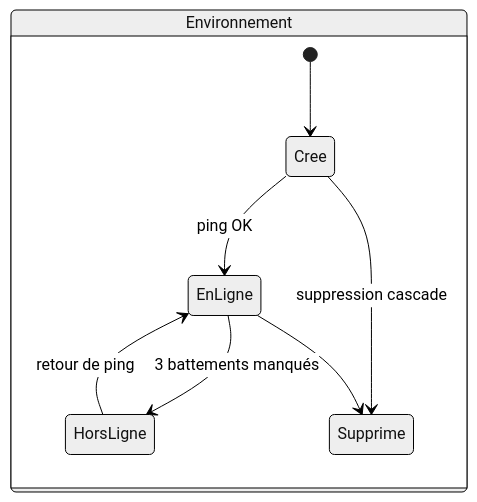
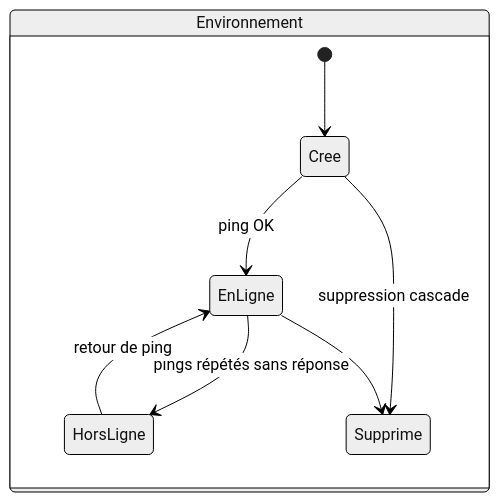
Before and after one commit to stefapi/windflow: the second of 6 diagrams in docs/spec_dockhand_reference/03-concepts-entites.md, drawn with Mermaid (neutral theme). The commit also changed other lines of this file and 15 other files, not shown here.

````diff
--- a/docs/spec_dockhand_reference/03-concepts-entites.md
+++ b/docs/spec_dockhand_reference/03-concepts-entites.md
@@ -356,12 +354,12 @@
 ```mermaid
 stateDiagram-v2
     direction LR
     state Environnement {
         [*] --> Cree
         Cree --> EnLigne : ping OK
-        EnLigne --> HorsLigne : 3 battements manqués
+        EnLigne --> HorsLigne : pings répétés sans réponse
         HorsLigne --> EnLigne : retour de ping
         Cree --> Supprime : suppression cascade
         EnLigne --> Supprime
     }
 ```
````
